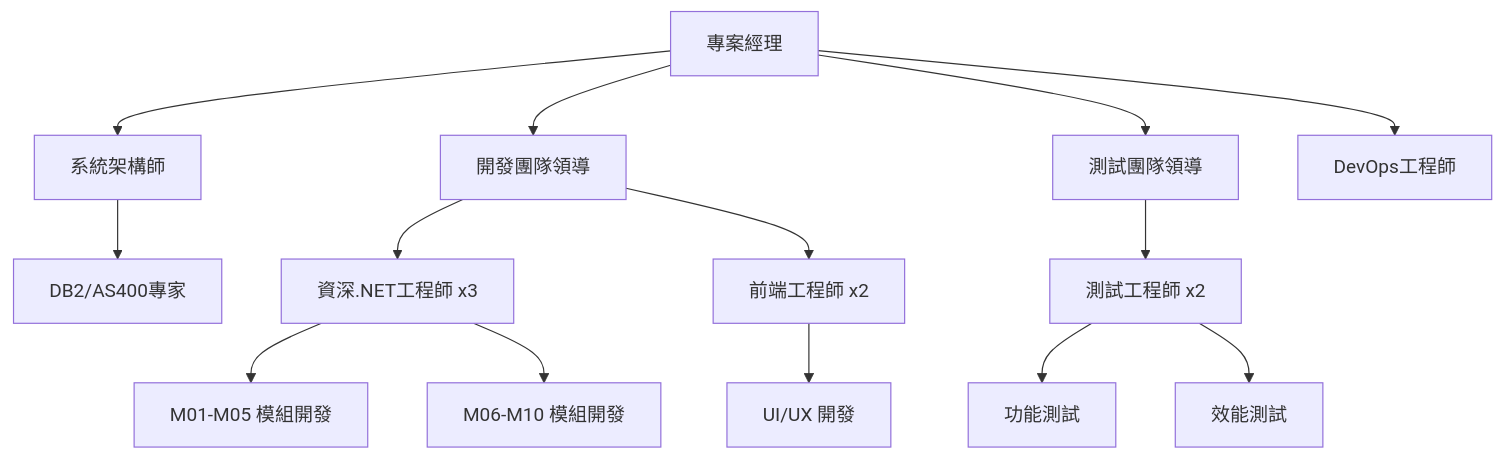
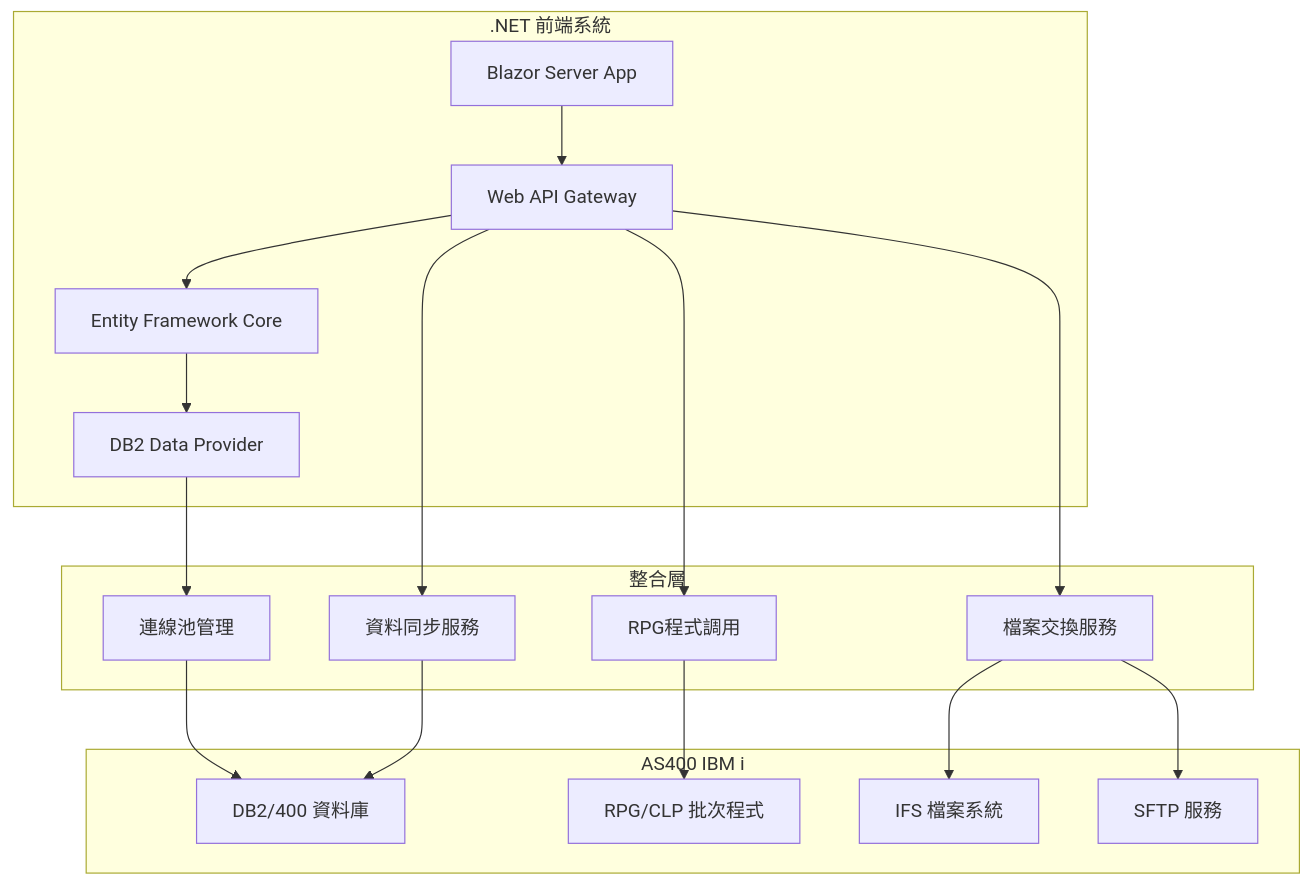
Diagram 19 of 21 in 年興紡織_人事薪資系統_NET前端開發規劃.md (WK195838/NianXing), drawn with Mermaid before and after one commit. The commit also changed other lines of this file, not shown here.

````diff
--- a/年興紡織_人事薪資系統_NET前端開發規劃.md
+++ b/年興紡織_人事薪資系統_NET前端開發規劃.md
@@ -1096,20 +1175,39 @@
 ```mermaid
-graph TD
-    A[專案經理] --> B[系統架構師]
-    A --> C[開發團隊領導]
-    A --> D[測試團隊領導]
-    A --> E[DevOps工程師]
+graph TB
+    subgraph ".NET 前端系統"
+        A[Blazor Server App]
+        B[Web API Gateway]
+        C[Entity Framework Core]
+        D[DB2 Data Provider]
+    end
     
-    B --> F[DB2/AS400專家]
+    subgraph "整合層"
+        E[連線池管理]
+        F[資料同步服務]
+        G[RPG程式調用]
+        H[檔案交換服務]
+    end
     
-    C --> G[資深.NET工程師 x3]
-    C --> H[前端工程師 x2]
+    subgraph "AS400 IBM i"
+        I[DB2/400 資料庫]
+        J[RPG/CLP 批次程式]
+        K[IFS 檔案系統]
+        L[SFTP 服務]
+    end
     
-    D --> I[測試工程師 x2]
+    A --> B
+    B --> C
+    C --> D
+    D --> E
+    E --> I
     
-    G --> J[M01-M05 模組開發]
-    G --> K[M06-M10 模組開發]
-    H --> L[UI/UX 開發]
-    I --> M[功能測試]
-    I --> N[效能測試]
+    B --> F
+    F --> I
+    
+    B --> G
+    G --> J
+    
+    B --> H
+    H --> K
+    H --> L
 ```
````
